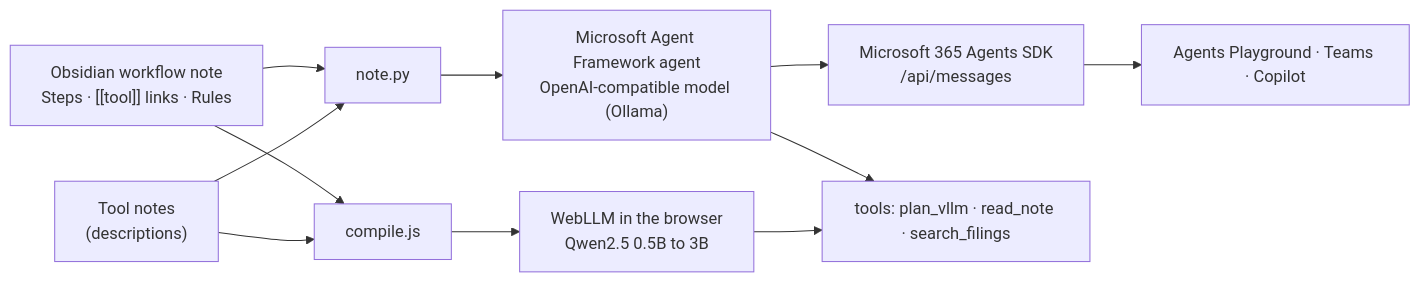
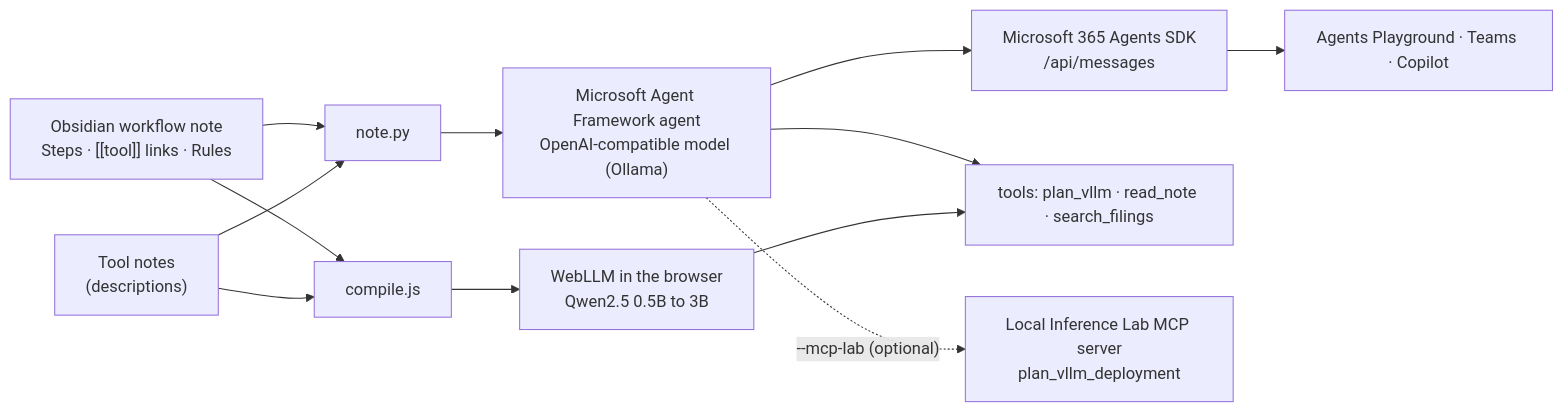
One commit to howardguoui/workflow-copilot changed the diagram in README.md. Above: the diagram before and after it, drawn with Mermaid. The commit also changed other lines of this file and 7 other files, not shown here.

First line of the commit message:
Get plan_vllm from Local Inference Lab's MCP server with --mcp-lab

````diff
--- a/README.md
+++ b/README.md
@@ -19,9 +19,10 @@
 ```mermaid
 flowchart LR
     N["Obsidian workflow note<br/>Steps · [[tool]] links · Rules"] --> C1[note.py] & C2[compile.js]
     T["Tool notes<br/>(descriptions)"] --> C1 & C2
     C1 --> A["Microsoft Agent Framework agent<br/>OpenAI-compatible model (Ollama)"]
     A --> S["Microsoft 365 Agents SDK<br/>/api/messages"] --> P["Agents Playground · Teams · Copilot"]
     C2 --> W["WebLLM in the browser<br/>Qwen2.5 0.5B to 3B"]
     A & W --> TL["tools: plan_vllm · read_note · search_filings"]
+    A -. "--mcp-lab (optional)" .-> M["Local Inference Lab MCP server<br/>plan_vllm_deployment"]
 ```
````
